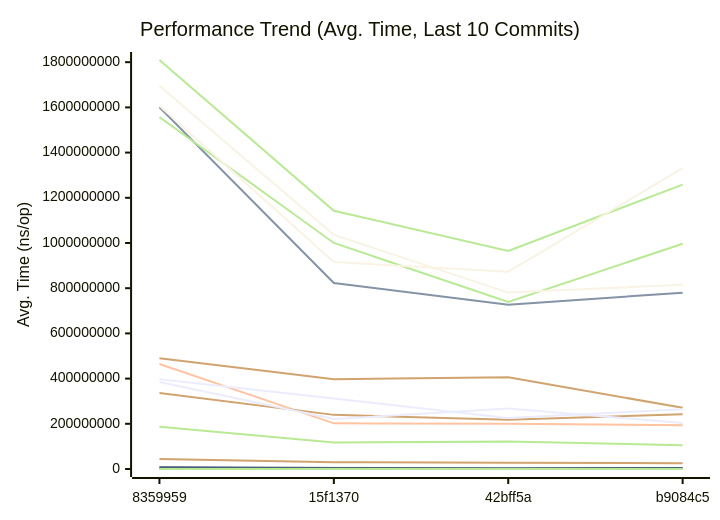
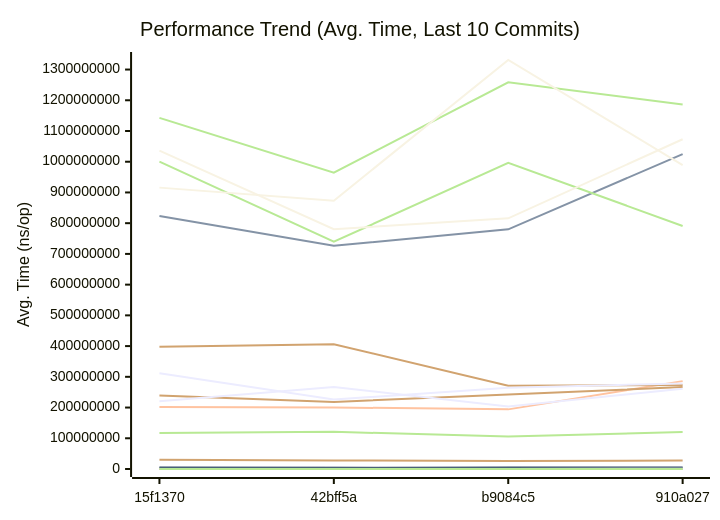
One commit to alsotoes/momo changed the first of 3 diagrams in docs/REFERENCE/PERFORMANCE.md. Above: the diagram before and after it, drawn with Mermaid. The commit also changed other lines of this file and 2 other files, not shown here.

````diff
--- a/docs/REFERENCE/PERFORMANCE.md
+++ b/docs/REFERENCE/PERFORMANCE.md
@@ -335,62 +335,62 @@
 ```mermaid
 xychart-beta
     title "Performance Trend (Avg. Time, Last 10 Commits)"
     x-axis "Commit"
     y-axis "Avg. Time (ns/op)"
-    x-axis [8359959,15f1370,42bff5a,b9084c5]
-    line "AdaptivePutBlob64KiB" [0,0,17,11,14,14,17,2,0,15]
-    line "AWSChunkedReaderSigned" [835570,548150,405170,491416,498672,442773,430592,417063,570105,564283]
-    line "AWSChunkedReaderUnsigned" [977699,406537,398826,461568,451388,492050,411358,443710,464364,521277]
-    line "CheckMetricsAndSwap" [15,11,8,9,10,10,9,8,10,11]
-    line "CrushOptimized" [634,334,265,292,400,336,344,308,537,421]
-    line "CrushOriginal" [1020,434,366,438,496,496,428,403,708,532]
-    line "EtagMatches" [0,131,136,136,140,163,124,126,149,190]
-    line "EtagMatchesSplit" [0,258,199,258,242,236,222,252,250,342]
-    line "FormatListObjectsV2XML_AppendFormat" [1270213,1042577,433859,661678,756413,554380,514051,493197,594526,786967]
-    line "FormatListObjectsV2XML_OldFormat" [744615,418249,322740,431853,415522,375614,353709,349122,433751,478576]
-    line "HashBytes/1MiB" [6072494,3710346,3000269,3524523,4375127,4746296,2885465,3263197,3959135,4101095]
-    line "HashBytes/256MiB" [1600838236,823282797,726614806,780063614,1024959183,969970227,960250564,764665642,940748052,1164488183]
-    line "HashBytes/64MiB" [464721050,202044522,200382060,194053876,285996622,217000263,208138371,213360215,236266919,295328301]
-    line "HashFile/1MiB" [6072545,3675098,2969187,3903427,4916313,3947332,3448696,3561886,4192890,3490477]
-    line "HashFile/256MiB" [1557151244,1000066847,739685958,996414790,790951710,1027044743,940365736,818876196,963128556,1050074278]
-    line "HashFile/64MiB" [336180629,239489276,218262290,242609956,266520347,247083013,266290769,207364669,259053814,300801342]
-    line "IndexDirectTracking" [1,0,0,0,0,0,0,0,0,0]
-    line "IndexSearch" [4,3,1,3,3,3,3,3,3,4]
-    line "LastModifiedHeader_AppendFormat" [477,216,278,259,237,238,183,207,232,275]
-    line "LastModifiedHeader_Format" [531,268,229,299,300,268,257,271,281,334]
-    line "ListPartsTime_AppendFormat" [0,147,112,161,128,140,132,124,159,145]
-    line "ListPartsTime_Format" [0,228,131,179,179,164,148,145,162,212]
-    line "LoadGlobalConfig" [21243,10008,7746,9289,10909,9544,9337,9177,13559,12150]
-    line "LocalWrite/1MiB" [944282,1010917,347300,439293,526356,459321,409512,486550,767426,599637]
-    line "LocalWrite/256MiB" [186460606,117006503,121124511,105548151,120360407,107903293,113612827,116258696,107295564,118204398]
-    line "LocalWrite/64MiB" [44142497,30347924,28019036,25671836,27703766,26056870,35220548,25697655,32058354,30327796]
-    line "PadString" [105,43,37,47,46,48,42,41,52,56]
-    line "ParseACLResource_IndexByte" [0,0,0,11,15,13,13,14,14,14]
-    line "ParseACLResource_Split" [0,0,0,12,15,13,10,15,11,15]
-    line "ParseAWSChunkHeader" [0,60,48,58,51,52,45,46,55,61]
-    line "ParseChecksum" [0,0,0,0,422,456,459,420,387,557]
-    line "ParseChecksumDynamicBaseline" [0,0,0,0,1068,1121,919,974,1258,1167]
+    x-axis [15f1370,42bff5a,b9084c5,910a027]
+    line "AdaptivePutBlob64KiB" [0,17,11,14,14,17,2,0,15,15]
+    line "AWSChunkedReaderSigned" [548150,405170,491416,498672,442773,430592,417063,570105,564283,768872]
+    line "AWSChunkedReaderUnsigned" [406537,398826,461568,451388,492050,411358,443710,464364,521277,685851]
+    line "CheckMetricsAndSwap" [11,8,9,10,10,9,8,10,11,13]
+    line "CrushOptimized" [334,265,292,400,336,344,308,537,421,435]
+    line "CrushOriginal" [434,366,438,496,496,428,403,708,532,681]
+    line "EtagMatches" [131,136,136,140,163,124,126,149,190,201]
+    line "EtagMatchesSplit" [258,199,258,242,236,222,252,250,342,413]
+    line "FormatListObjectsV2XML_AppendFormat" [1042577,433859,661678,756413,554380,514051,493197,594526,786967,865431]
+    line "FormatListObjectsV2XML_OldFormat" [418249,322740,431853,415522,375614,353709,349122,433751,478576,565349]
+    line "HashBytes/1MiB" [3710346,3000269,3524523,4375127,4746296,2885465,3263197,3959135,4101095,4311907]
+    line "HashBytes/256MiB" [823282797,726614806,780063614,1024959183,969970227,960250564,764665642,940748052,1164488183,1353975326]
+    line "HashBytes/64MiB" [202044522,200382060,194053876,285996622,217000263,208138371,213360215,236266919,295328301,339290340]
+    line "HashFile/1MiB" [3675098,2969187,3903427,4916313,3947332,3448696,3561886,4192890,3490477,5208142]
+    line "HashFile/256MiB" [1000066847,739685958,996414790,790951710,1027044743,940365736,818876196,963128556,1050074278,1180867467]
+    line "HashFile/64MiB" [239489276,218262290,242609956,266520347,247083013,266290769,207364669,259053814,300801342,308784346]
+    line "IndexDirectTracking" [0,0,0,0,0,0,0,0,0,1]
+    line "IndexSearch" [3,1,3,3,3,3,3,3,4,4]
+    line "LastModifiedHeader_AppendFormat" [216,278,259,237,238,183,207,232,275,374]
+    line "LastModifiedHeader_Format" [268,229,299,300,268,257,271,281,334,472]
+    line "ListPartsTime_AppendFormat" [147,112,161,128,140,132,124,159,145,206]
+    line "ListPartsTime_Format" [228,131,179,179,164,148,145,162,212,260]
+    line "LoadGlobalConfig" [10008,7746,9289,10909,9544,9337,9177,13559,12150,16149]
+    line "LocalWrite/1MiB" [1010917,347300,439293,526356,459321,409512,486550,767426,599637,601031]
+    line "LocalWrite/256MiB" [117006503,121124511,105548151,120360407,107903293,113612827,116258696,107295564,118204398,151738005]
+    line "LocalWrite/64MiB" [30347924,28019036,25671836,27703766,26056870,35220548,25697655,32058354,30327796,38178447]
+    line "PadString" [43,37,47,46,48,42,41,52,56,70]
+    line "ParseACLResource_IndexByte" [0,0,11,15,13,13,14,14,14,18]
+    line "ParseACLResource_Split" [0,0,12,15,13,10,15,11,15,20]
+    line "ParseAWSChunkHeader" [60,48,58,51,52,45,46,55,61,92]
+    line "ParseChecksum" [0,0,0,422,456,459,420,387,557,645]
+    line "ParseChecksumDynamicBaseline" [0,0,0,1068,1121,919,974,1258,1167,1814]
     line "ParseReplicationOrder_NoPrealloc" [350,349,357,354,345,225,229,165,232,234]
     line "ParseReplicationOrder_Prealloc" [229,231,237,234,229,108,107,80,110,109]
-    line "PheromoneSelectReplica" [0,147,100,126,142,138,128,120,142,143]
-    line "PickShedTarget" [0,0,0,0,1816,1720,1665,1536,1735,1747]
-    line "Placement" [11354,4955,4184,4762,6056,5033,4727,4693,6890,6104]
-    line "PlacementDomainSpread" [11204,5022,4314,5679,5795,5475,5036,4732,6842,6664]
-    line "ReadVerify/1MiB" [5644733,3327797,4498182,3101042,3485862,4317772,3422384,4738482,4522598,4632187]
-    line "ReadVerify/256MiB" [1695229855,1036046699,780597293,815690354,1073247430,969819791,941363504,1027502198,952099852,902837338]
-    line "ReadVerify/64MiB" [384974247,220829241,267156263,203319126,261147241,297291525,224149048,284070728,216914778,284768540]
-    line "RebalanceCycle/blobs=100" [0,0,0,0,14,14,17,2,0,15]
-    line "RebalanceCycle/blobs=1000" [0,0,0,0,14,14,17,2,0,15]
-    line "S3PutSpool/1MiB" [6831278,5035437,4581575,4698909,3882087,3964066,3436747,4689509,4387607,5005371]
-    line "S3PutSpool/256MiB" [1809657163,1142651067,964616587,1258493581,1186248512,1064203667,1003125992,1365636850,1104904276,1356178526]
-    line "S3PutSpool/64MiB" [490049884,397469794,405975024,270841111,273742593,336170503,255939705,280357457,272641808,331065774]
-    line "SanitizeLog/Safe" [552,226,209,232,266,301,214,216,270,342]
-    line "SanitizeLog/Unsafe" [1462,820,505,674,739,757,598,778,843,889]
-    line "TrustedRead/1MiB" [7395052,4596938,3107216,4558682,5041465,4592184,3640041,4036530,5053123,3758586]
-    line "TrustedRead/256MiB" [1606816652,915715493,873252194,1331059181,989203582,1043718914,1004362597,1114930363,1012801001,1099785718]
-    line "TrustedRead/64MiB" [397487249,311974463,226161143,264425803,278622311,268179003,224845504,255128320,304495205,235086576]
-    line "VolumeGetBlob64KiB" [0,0,17,11,14,14,17,2,0,15]
-    line "VolumePutBlob64KiB" [0,0,17,11,14,14,17,2,0,15]
-    line "WriteThrottled/throttled-10Gbps" [0,0,0,0,738907,738939,738869,738881,738948,738907]
-    line "WriteThrottled/unlimited" [0,0,0,0,6,6,6,5,6,6]
+    line "PheromoneSelectReplica" [147,100,126,142,138,128,120,142,143,175]
+    line "PickShedTarget" [0,0,0,1816,1720,1665,1536,1735,1747,2368]
+    line "Placement" [4955,4184,4762,6056,5033,4727,4693,6890,6104,7239]
+    line "PlacementDomainSpread" [5022,4314,5679,5795,5475,5036,4732,6842,6664,7869]
+    line "ReadVerify/1MiB" [3327797,4498182,3101042,3485862,4317772,3422384,4738482,4522598,4632187,5561121]
+    line "ReadVerify/256MiB" [1036046699,780597293,815690354,1073247430,969819791,941363504,1027502198,952099852,902837338,1257211994]
+    line "ReadVerify/64MiB" [220829241,267156263,203319126,261147241,297291525,224149048,284070728,216914778,284768540,277161493]
+    line "RebalanceCycle/blobs=100" [0,0,0,14,14,17,2,0,15,15]
+    line "RebalanceCycle/blobs=1000" [0,0,0,14,14,17,2,0,15,15]
+    line "S3PutSpool/1MiB" [5035437,4581575,4698909,3882087,3964066,3436747,4689509,4387607,5005371,5490687]
+    line "S3PutSpool/256MiB" [1142651067,964616587,1258493581,1186248512,1064203667,1003125992,1365636850,1104904276,1356178526,1340049780]
+    line "S3PutSpool/64MiB" [397469794,405975024,270841111,273742593,336170503,255939705,280357457,272641808,331065774,342650775]
+    line "SanitizeLog/Safe" [226,209,232,266,301,214,216,270,342,413]
+    line "SanitizeLog/Unsafe" [820,505,674,739,757,598,778,843,889,1191]
+    line "TrustedRead/1MiB" [4596938,3107216,4558682,5041465,4592184,3640041,4036530,5053123,3758586,5498314]
+    line "TrustedRead/256MiB" [915715493,873252194,1331059181,989203582,1043718914,1004362597,1114930363,1012801001,1099785718,1387232139]
+    line "TrustedRead/64MiB" [311974463,226161143,264425803,278622311,268179003,224845504,255128320,304495205,235086576,330524006]
+    line "VolumeGetBlob64KiB" [0,17,11,14,14,17,2,0,15,15]
+    line "VolumePutBlob64KiB" [0,17,11,14,14,17,2,0,15,15]
+    line "WriteThrottled/throttled-10Gbps" [0,0,0,738907,738939,738869,738881,738948,738907,738954]
+    line "WriteThrottled/unlimited" [0,0,0,6,6,6,5,6,6,9]
 ```
````
